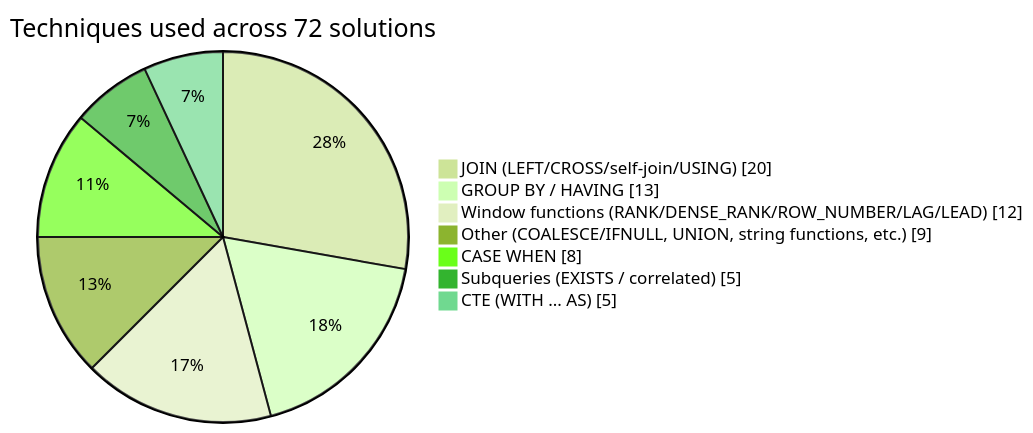
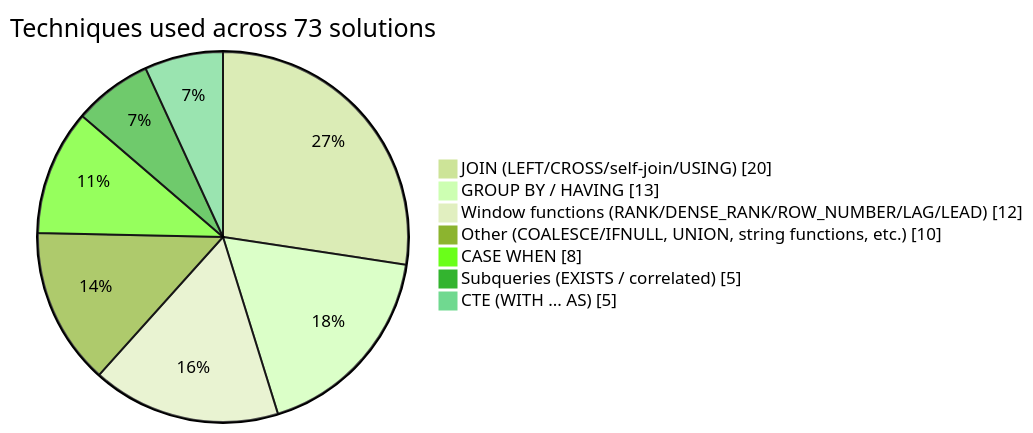
One commit to ruhlanrzayev/LeetCode_SQL_Problems changed the diagram in README.md. Above: the diagram before and after it, drawn with Mermaid (forest theme). The commit also changed other lines of this file, not shown here.

Commit message:
chore: auto-update technique breakdown chart

````diff
--- a/README.md
+++ b/README.md
@@ -11,11 +11,11 @@
 ```mermaid
 pie showData
-    title Techniques used across 72 solutions
+    title Techniques used across 73 solutions
     "JOIN (LEFT/CROSS/self-join/USING)" : 20
     "GROUP BY / HAVING" : 13
     "Window functions (RANK/DENSE_RANK/ROW_NUMBER/LAG/LEAD)" : 12
-    "Other (COALESCE/IFNULL, UNION, string functions, etc.)" : 9
+    "Other (COALESCE/IFNULL, UNION, string functions, etc.)" : 10
     "CASE WHEN" : 8
     "Subqueries (EXISTS / correlated)" : 5
     "CTE (WITH ... AS)" : 5
 ```
````
